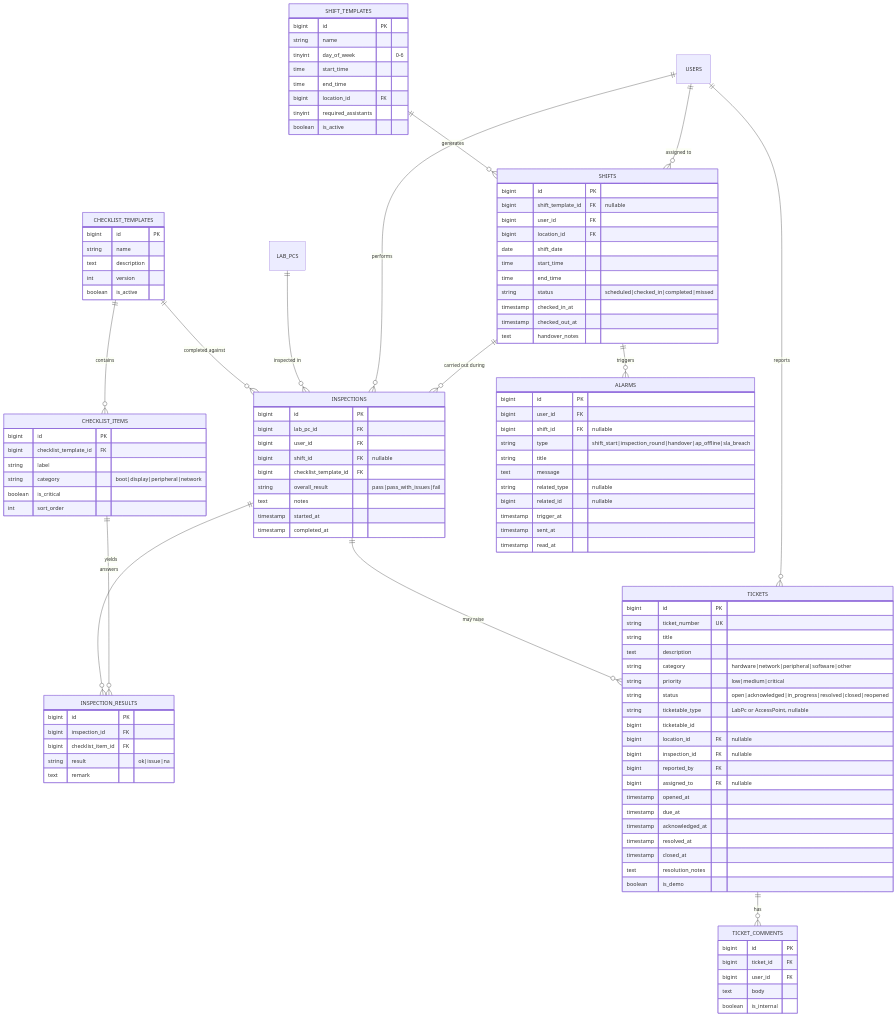
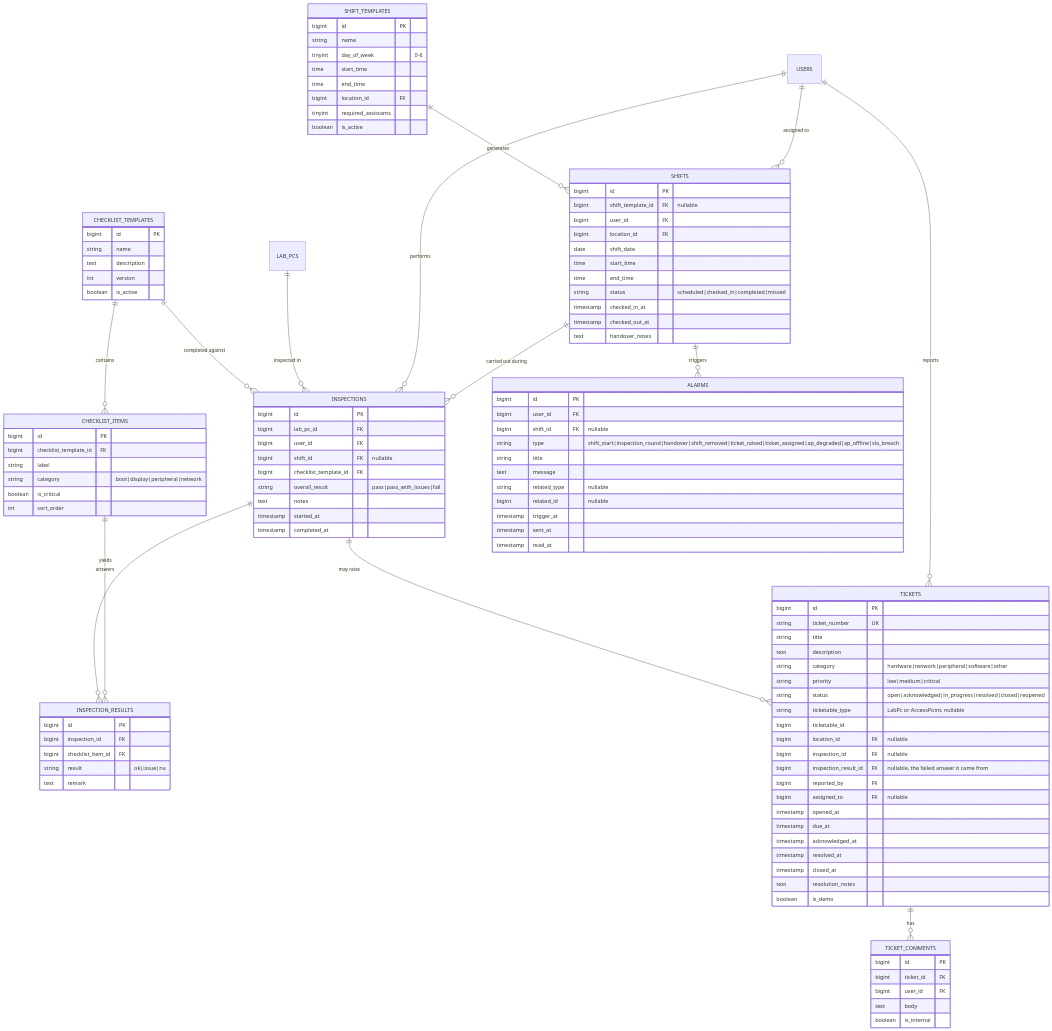
One commit to phone292025/atlas-netcare changed the second of 3 diagrams in docs/04-database.md. Above: the diagram before and after it, drawn with Mermaid. The commit also changed other lines of this file and 14 other files, not shown here.

First line of the commit message:
docs: bring the requirements, architecture and module specs up to date

```diff
--- a/docs/04-database.md
+++ b/docs/04-database.md
@@ -193,6 +193,7 @@
         bigint ticketable_id
         bigint location_id FK "nullable"
         bigint inspection_id FK "nullable"
+        bigint inspection_result_id FK "nullable, the failed answer it came from"
         bigint reported_by FK
         bigint assigned_to FK "nullable"
         timestamp opened_at
@@ -237,7 +238,7 @@
         bigint id PK
         bigint user_id FK
         bigint shift_id FK "nullable"
-        string type "shift_start|inspection_round|handover|ap_offline|sla_breach"
+        string type "shift_start|inspection_round|handover|shift_removed|ticket_raised|ticket_assigned|ap_degraded|ap_offline|sla_breach"
         string title
         text message
         string related_type "nullable"
```
